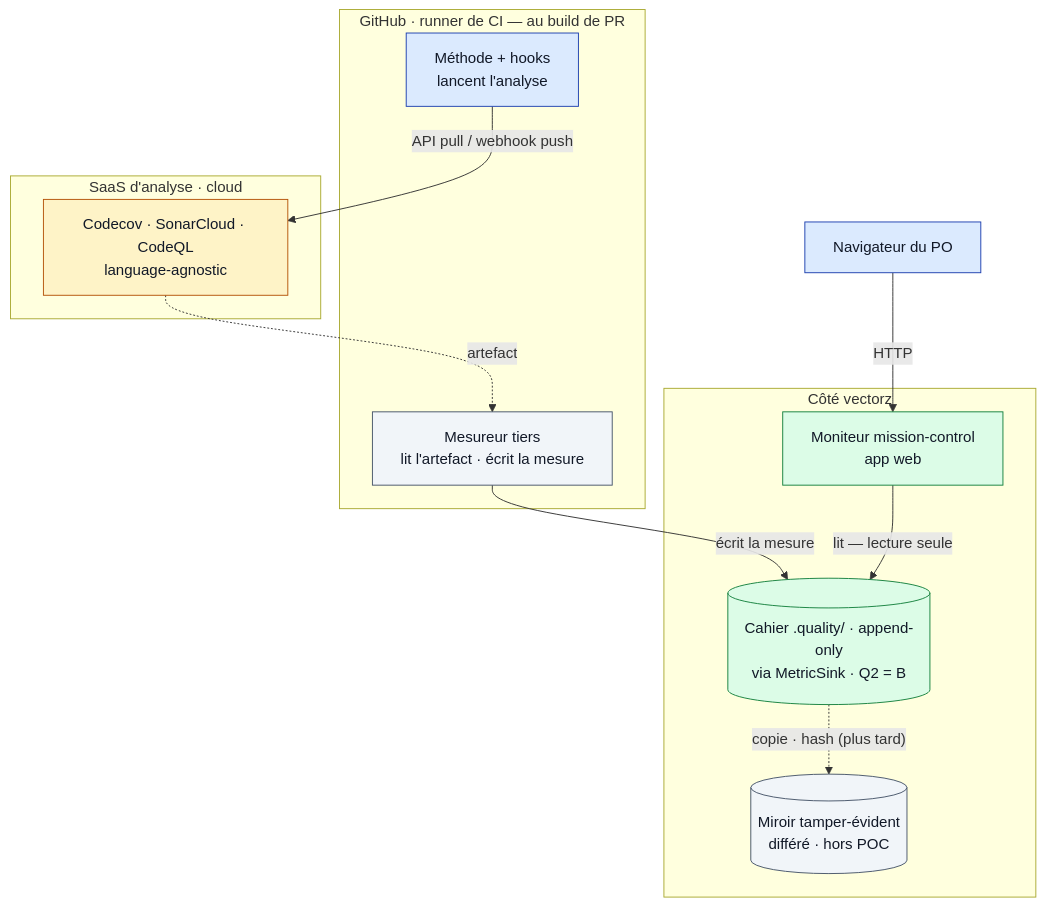
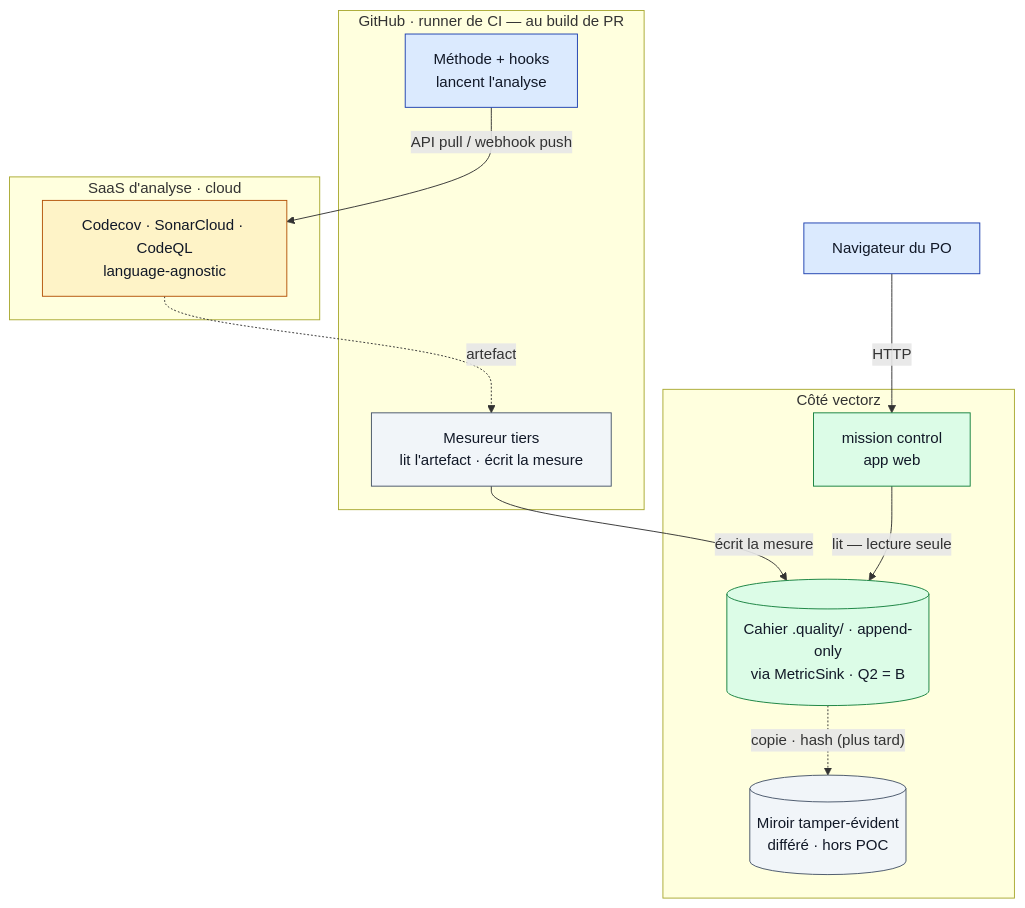
Before and after one commit to elzinko/vectorz: the diagram in diagrams/qualite-deploiement/diagram.mmd, drawn with Mermaid. The commit also changed 49 other files, not shown here.

```diff
--- a/diagrams/qualite-deploiement/diagram.mmd
+++ b/diagrams/qualite-deploiement/diagram.mmd
@@ -1,33 +1,33 @@
 flowchart TD
     classDef exec fill:#dbeafe,stroke:#1e40af,color:#111827;
     classDef cloud fill:#fef3c7,stroke:#b45309,color:#111827;
     classDef vectorz fill:#dcfce7,stroke:#15803d,color:#111827;
     classDef neutre fill:#f1f5f9,stroke:#475569,color:#111827;
 
     subgraph CI[GitHub · runner de CI — au build de PR]
         MH["Méthode + hooks<br/>lancent l'analyse"]
         TR["Mesureur tiers<br/>lit l'artefact · écrit la mesure"]
     end
     subgraph CLOUD[SaaS d'analyse · cloud]
         T["Codecov · SonarCloud · CodeQL<br/>language-agnostic"]
     end
     subgraph VZ[Côté vectorz]
         S[("Cahier .quality/ · append-only<br/>via MetricSink · Q2 = B")]
         MIR[("Miroir tamper-évident<br/>différé · hors POC")]
-        WEB["Moniteur mission-control<br/>app web"]
+        WEB["mission control<br/>app web"]
     end
     B["Navigateur du PO"]
 
     MH -->|"API pull / webhook push"| T
     T -.->|artefact| TR
     TR -->|écrit la mesure| S
     S -.->|"copie · hash (plus tard)"| MIR
     WEB -->|"lit — lecture seule"| S
     B -->|HTTP| WEB
 
     class MH exec;
     class TR neutre;
     class T cloud;
     class S,WEB vectorz;
     class MIR neutre;
     class B exec;
```
